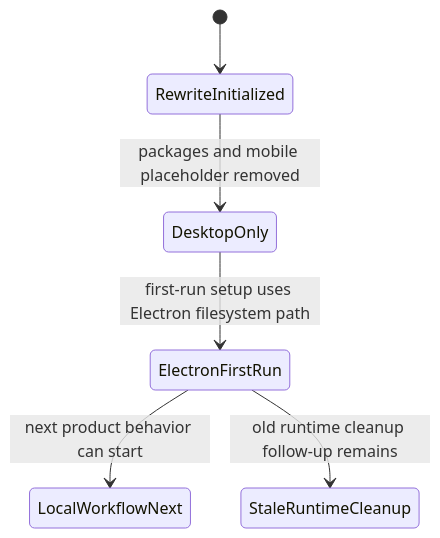
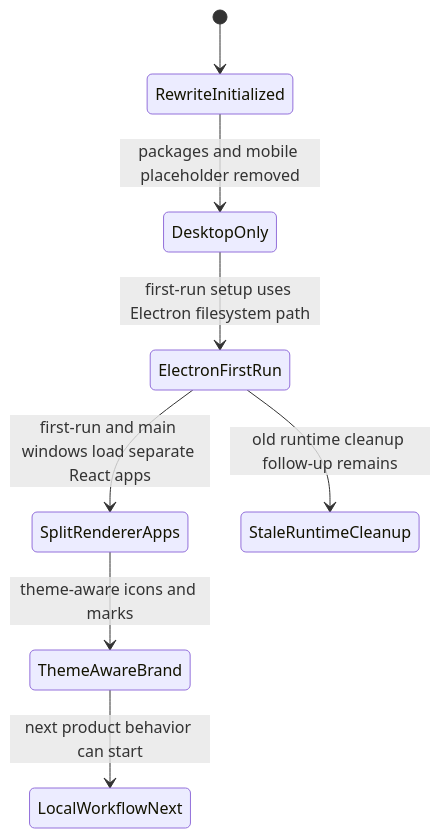
One commit to deweyou/weave changed the diagram in docs/.state.md. Above: the diagram before and after it, drawn with Mermaid. The commit also changed other lines of this file and 37 other files, not shown here.

Commit message:
feat: add first-run onboarding shell

````diff
--- a/docs/.state.md
+++ b/docs/.state.md
@@ -3,8 +3,10 @@
 ```mermaid
 stateDiagram-v2
     [*] --> RewriteInitialized
     RewriteInitialized --> DesktopOnly: packages and mobile placeholder removed
     DesktopOnly --> ElectronFirstRun: first-run setup uses Electron filesystem path
-    ElectronFirstRun --> LocalWorkflowNext: next product behavior can start
+    ElectronFirstRun --> SplitRendererApps: first-run and main windows load separate React apps
+    SplitRendererApps --> ThemeAwareBrand: theme-aware icons and marks
+    ThemeAwareBrand --> LocalWorkflowNext: next product behavior can start
     ElectronFirstRun --> StaleRuntimeCleanup: old runtime cleanup follow-up remains
 ```
````
